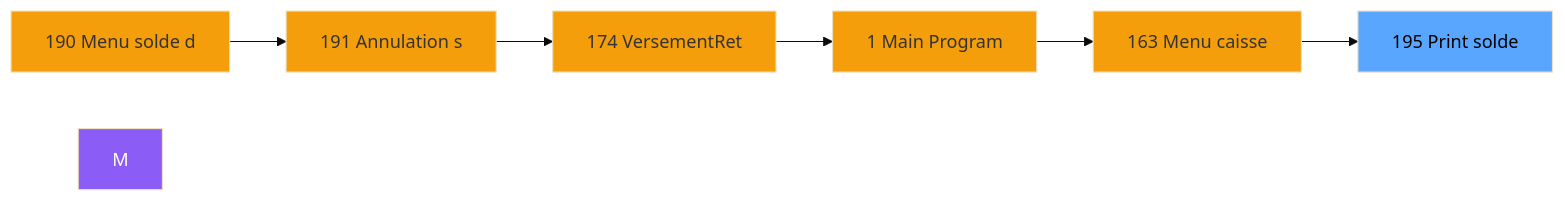
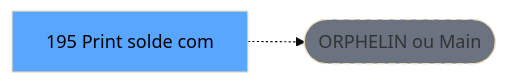
One commit to thonyAGP/lecteur-magic changed the second of 3 diagrams in .openspec/renders/ADH-IDE-195.md. Above: the diagram before and after it, drawn with Mermaid (base theme). The commit also changed other lines of this file and 701 other files, not shown here.

````diff
--- a/.openspec/renders/ADH-IDE-195.md
+++ b/.openspec/renders/ADH-IDE-195.md
@@ -127,21 +126,8 @@
 ```mermaid
 graph LR
-    N190[190 Menu solde d]
-    N191[191 Annulation s]
-    N174[174 VersementRet]
-    N1[1 Main Program]
-    N163[163 Menu caisse ]
-    T[195 Print solde ]
-    N190 --> N191
-    N191 --> N174
-    N174 --> N1
-    N1 --> N163
-    N163 --> T
-    style M fill:#8b5cf6,color:#fff
-    style N190 fill:#f59e0b
-    style N191 fill:#f59e0b
-    style N174 fill:#f59e0b
-    style N1 fill:#f59e0b
-    style N163 fill:#f59e0b
+    T[195 Print solde com]
+    ORPHAN([ORPHELIN ou Main])
+    T -.-> ORPHAN
     style T fill:#58a6ff,color:#000
+    style ORPHAN fill:#6b7280,stroke-dasharray: 5 5
 ```
````
